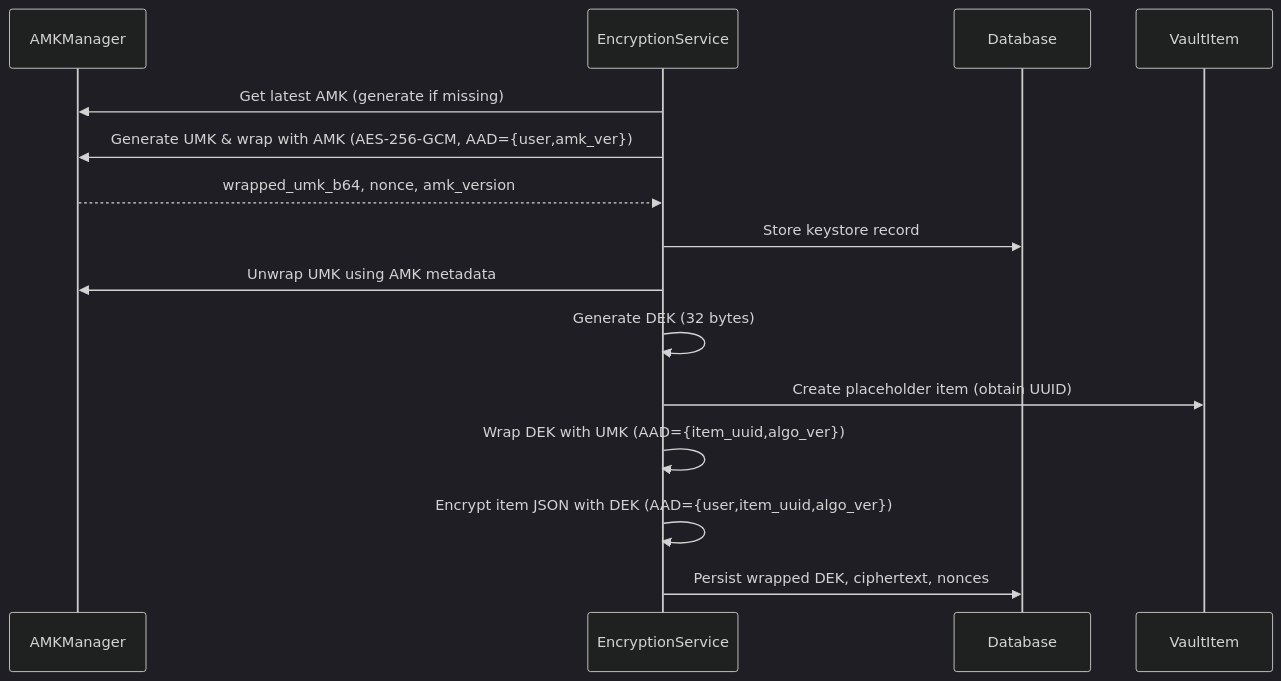
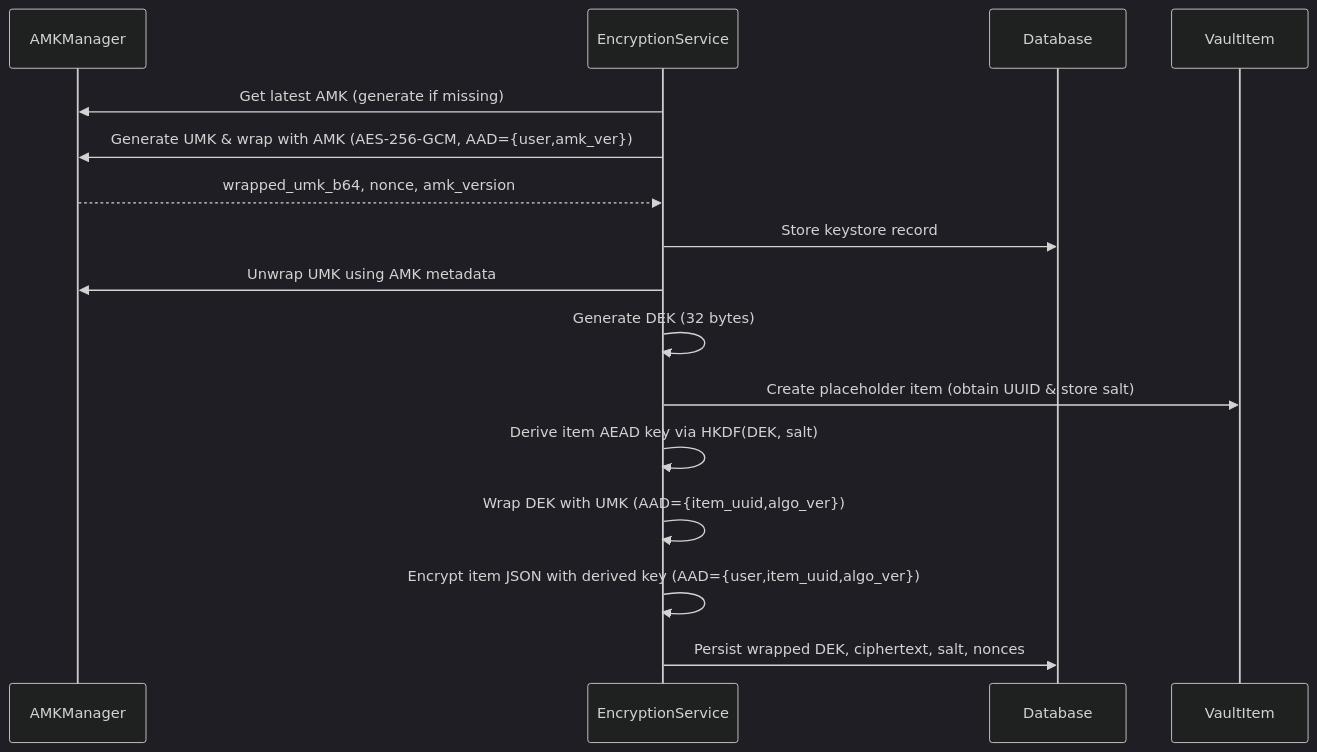
The diagram in docs/encryption_overview.md (MackJan/PasswordManager), drawn with Mermaid (dark theme) before and after one commit. The commit also changed other lines of this file, not shown here.

Commit message:
Document per-item salting in encryption overview

````diff
--- a/docs/encryption_overview.md
+++ b/docs/encryption_overview.md
@@ -97,19 +109,20 @@
 ```mermaid
 sequenceDiagram
     participant AMK as AMKManager
     participant User as EncryptionService
     participant DB as Database
     participant Vault as VaultItem
 
     User->>AMK: Get latest AMK (generate if missing)
     User->>AMK: Generate UMK & wrap with AMK (AES-256-GCM, AAD={user,amk_ver})
     AMK-->>User: wrapped_umk_b64, nonce, amk_version
     User->>DB: Store keystore record
 
     User->>AMK: Unwrap UMK using AMK metadata
     User->>User: Generate DEK (32 bytes)
-    User->>Vault: Create placeholder item (obtain UUID)
+    User->>Vault: Create placeholder item (obtain UUID & store salt)
+    User->>User: Derive item AEAD key via HKDF(DEK, salt)
     User->>User: Wrap DEK with UMK (AAD={item_uuid,algo_ver})
-    User->>User: Encrypt item JSON with DEK (AAD={user,item_uuid,algo_ver})
-    User->>DB: Persist wrapped DEK, ciphertext, nonces
+    User->>User: Encrypt item JSON with derived key (AAD={user,item_uuid,algo_ver})
+    User->>DB: Persist wrapped DEK, ciphertext, salt, nonces
 ```
````
